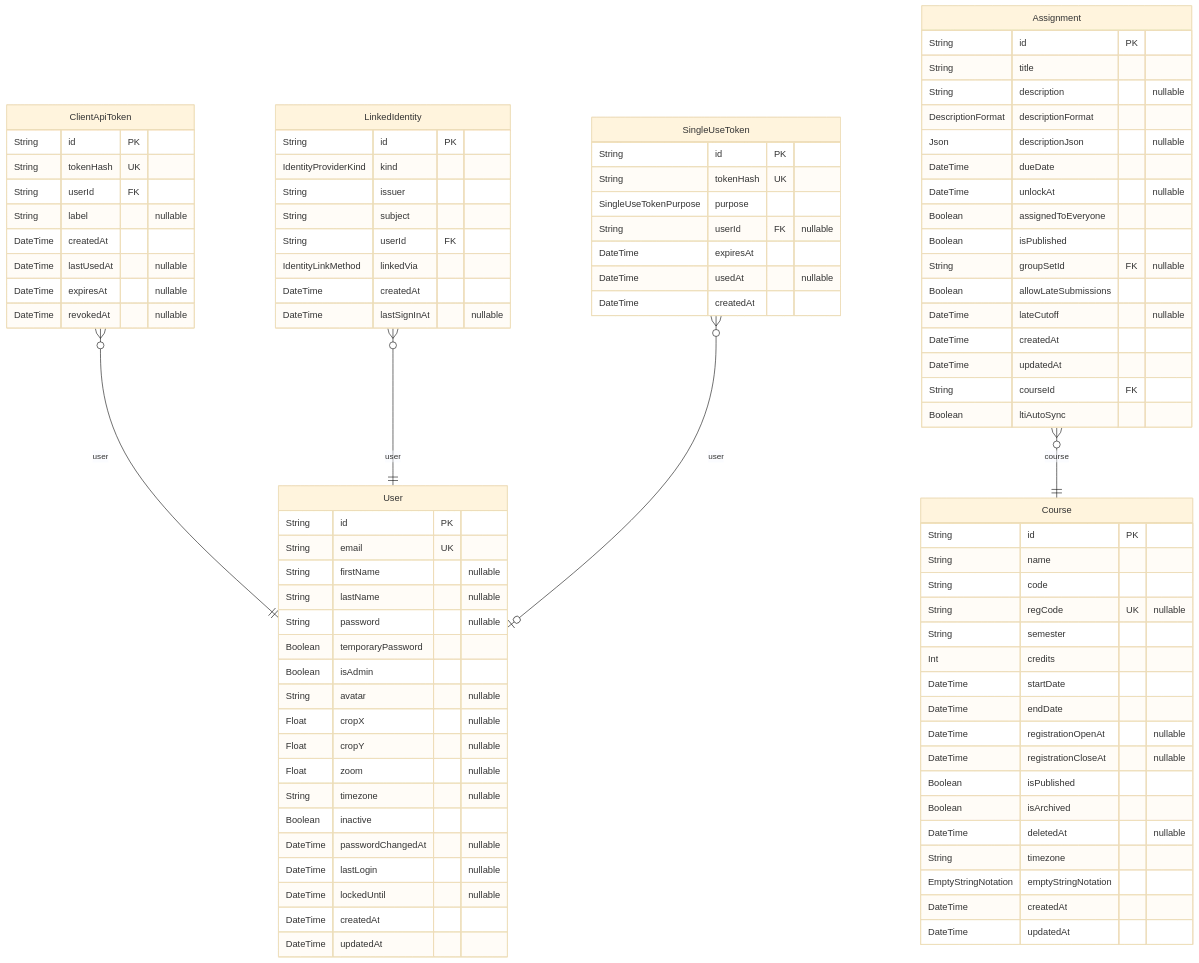
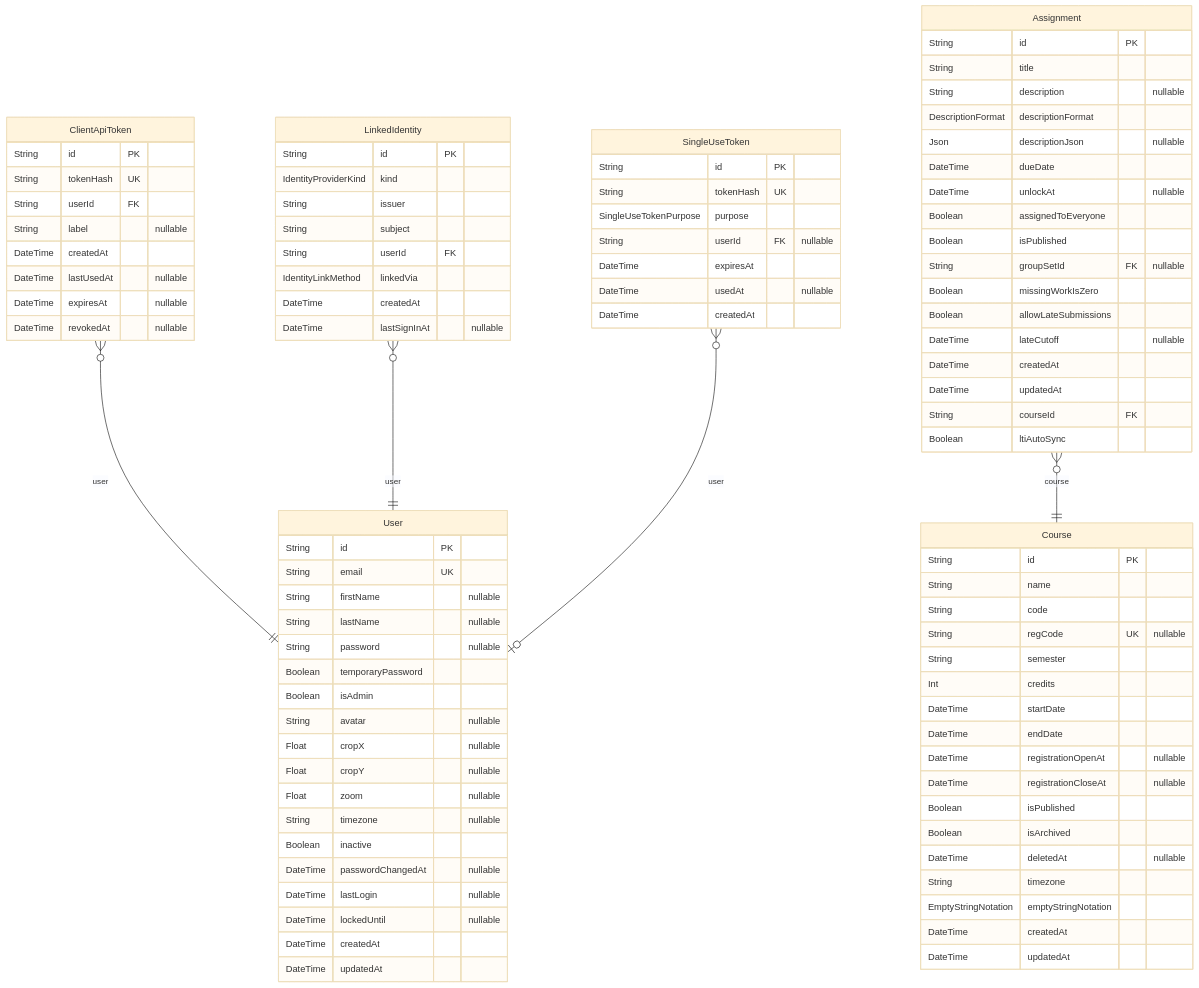
Before and after one commit to PennStateCS/AFCT: the first of 6 diagrams in docs-site/docs/reference/database-schema.md, drawn with Mermaid (base theme). The commit also changed other lines of this file and 24 other files, not shown here.

First line of the commit message:
Score missing work as zero, and fix what the Average measures (#778)

```diff
--- a/docs-site/docs/reference/database-schema.md
+++ b/docs-site/docs/reference/database-schema.md
@@ -92,6 +92,7 @@
   Boolean assignedToEveryone
   Boolean isPublished
   String groupSetId FK "nullable"
+  Boolean missingWorkIsZero
   Boolean allowLateSubmissions
   DateTime lateCutoff "nullable"
   DateTime createdAt
```
